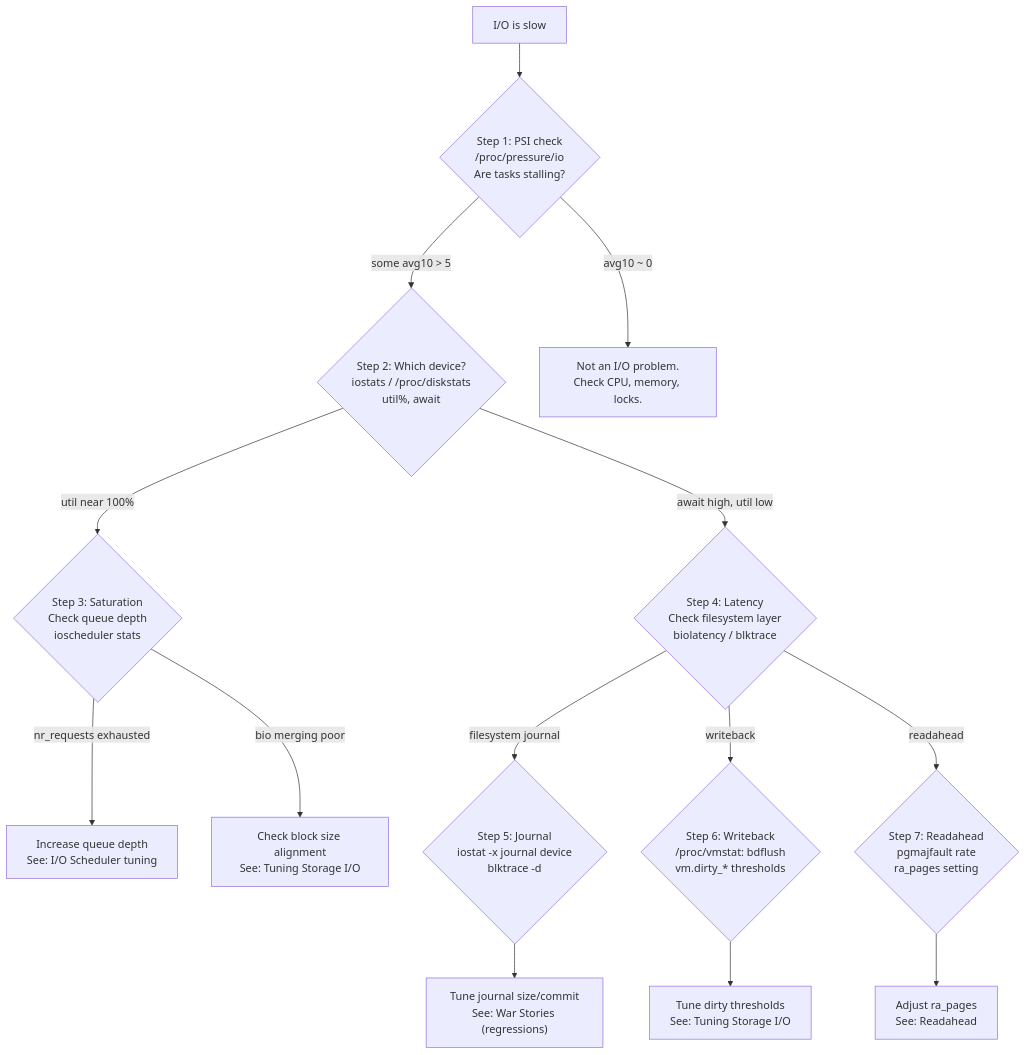
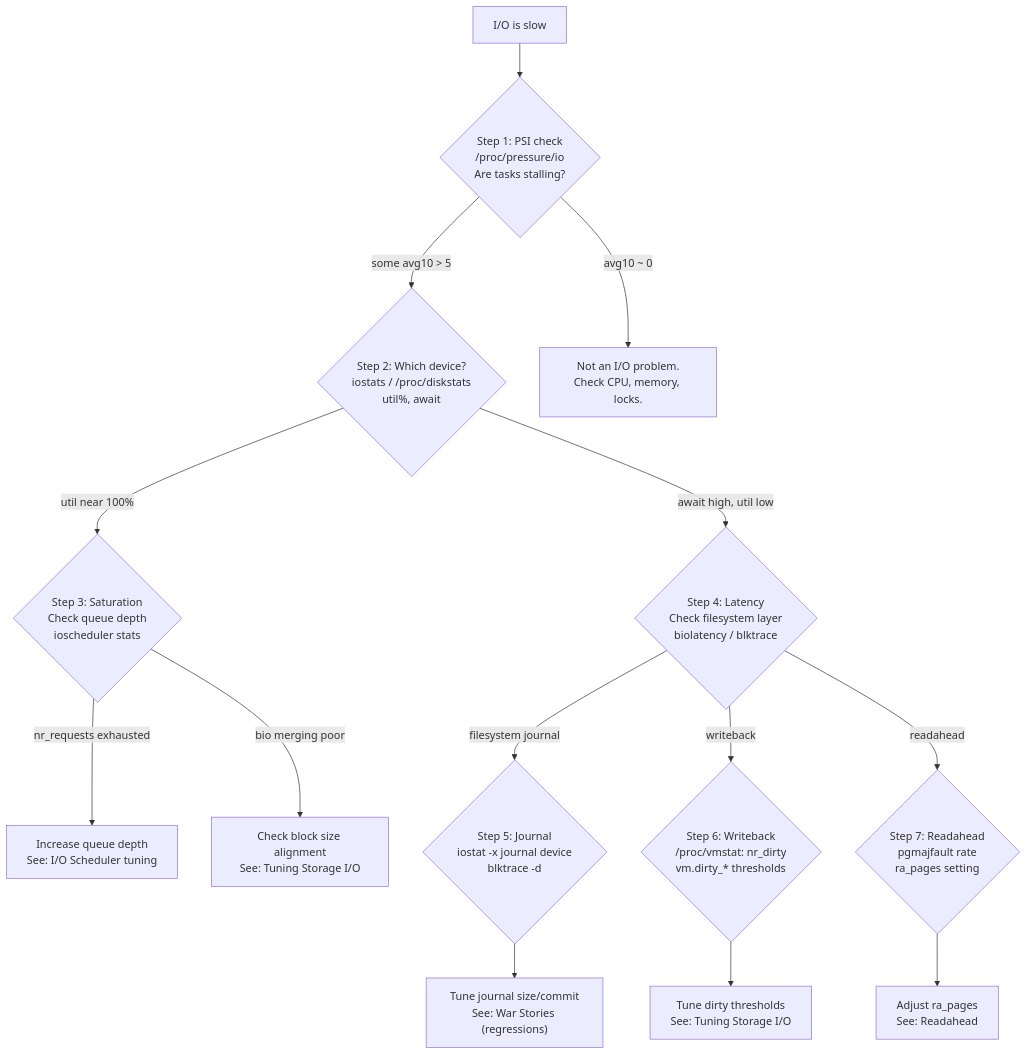
The diagram in docs/io/debugging-slow-io.md (laveeshb/linux-kernel-internals), drawn with Mermaid before and after one commit. The commit also changed other lines of this file and 6 other files, not shown here.

````diff
--- a/docs/io/debugging-slow-io.md
+++ b/docs/io/debugging-slow-io.md
@@ -11,20 +11,20 @@
 ```mermaid
 flowchart TD
     START["I/O is slow"] --> PSI{"Step 1: PSI check\n/proc/pressure/io\nAre tasks stalling?"}
     PSI -->|"some avg10 > 5"| DISKSTAT{"Step 2: Which device?\niostats / /proc/diskstats\nutil%, await"}
     PSI -->|"avg10 ~ 0"| NOTIO["Not an I/O problem.\nCheck CPU, memory, locks."]
 
     DISKSTAT -->|"util near 100%"| SATURATION{"Step 3: Saturation\nCheck queue depth\nioscheduler stats"}
     DISKSTAT -->|"await high, util low"| LATENCY{"Step 4: Latency\nCheck filesystem layer\nbiolatency / blktrace"}
 
     SATURATION -->|"nr_requests exhausted"| QUEUEFIX["Increase queue depth\nSee: I/O Scheduler tuning"]
     SATURATION -->|"bio merging poor"| MERGEFIX["Check block size alignment\nSee: Tuning Storage I/O"]
 
     LATENCY -->|"filesystem journal"| JOURNAL{"Step 5: Journal\niostat -x journal device\nblktrace -d"}
-    LATENCY -->|"writeback"| WRITEBACK{"Step 6: Writeback\n/proc/vmstat: bdflush\nvm.dirty_* thresholds"}
+    LATENCY -->|"writeback"| WRITEBACK{"Step 6: Writeback\n/proc/vmstat: nr_dirty\nvm.dirty_* thresholds"}
     LATENCY -->|"readahead"| READAHEAD{"Step 7: Readahead\npgmajfault rate\nra_pages setting"}
 
     JOURNAL --> JOURNALFIX["Tune journal size/commit\nSee: War Stories (regressions)"]
     WRITEBACK --> WRITEBACKFIX["Tune dirty thresholds\nSee: Tuning Storage I/O"]
     READAHEAD --> READAHEADFIX["Adjust ra_pages\nSee: Readahead"]
 ```
````
